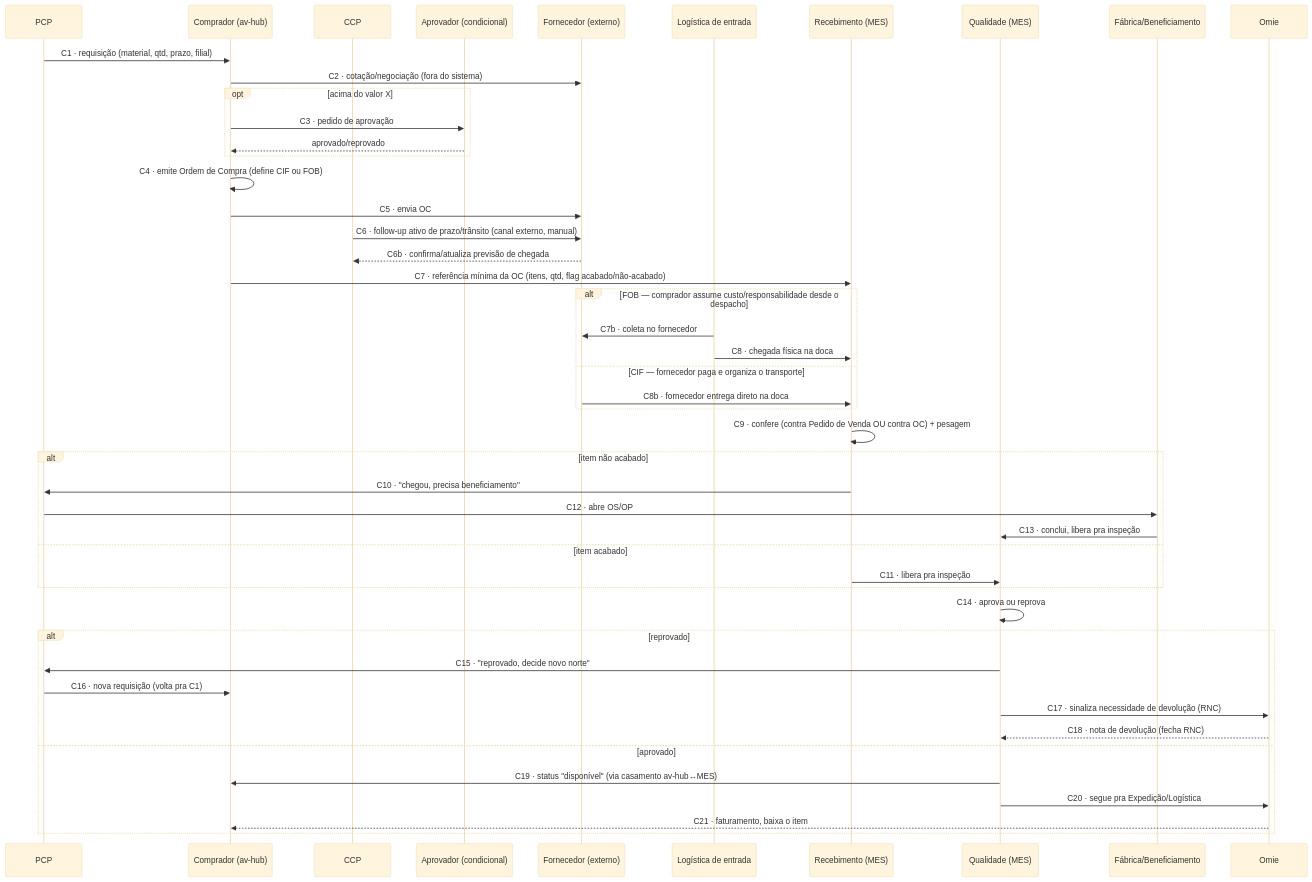
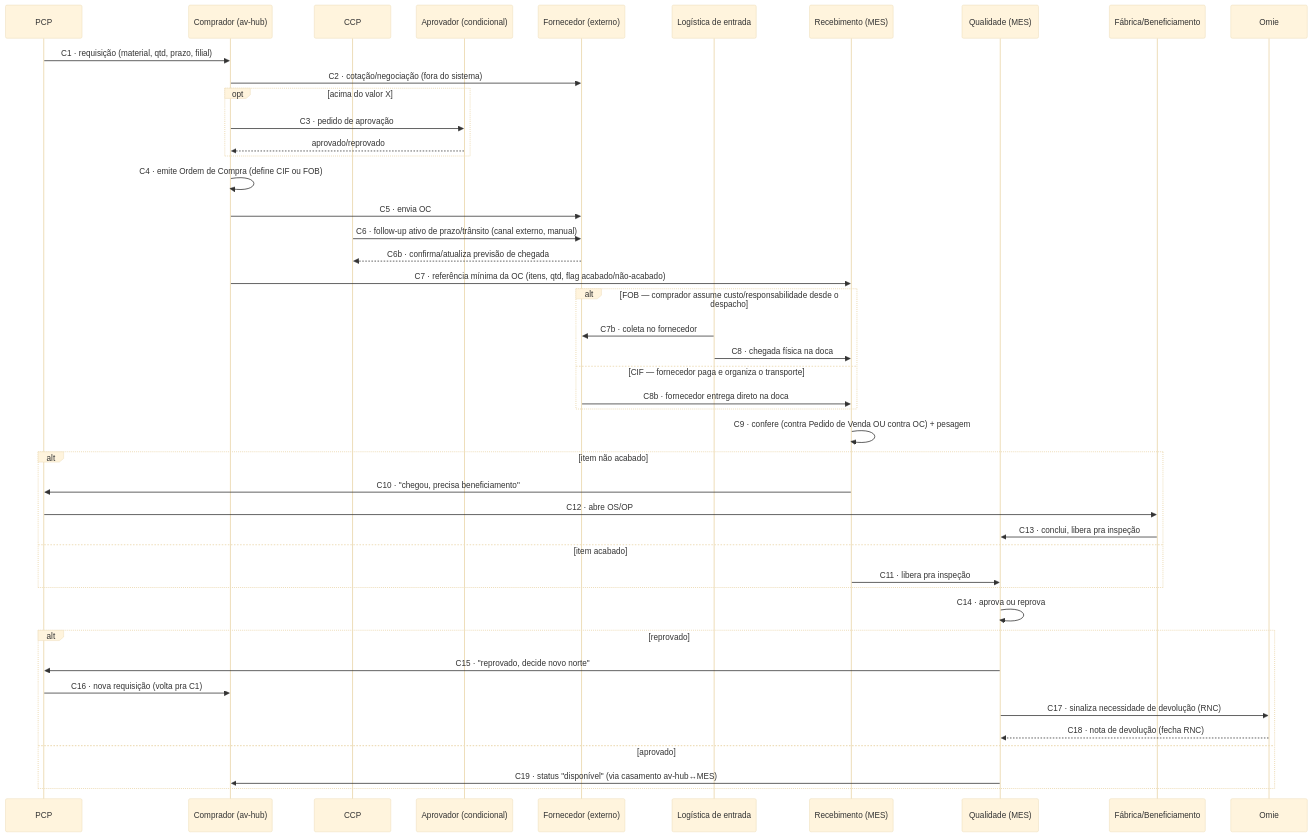
One commit to Acosvital/vault-avhub-mer changed the diagram in 02-PRD-Estoque/Fluxo-Compras-Completo.md. Above: the diagram before and after it, drawn with Mermaid (base theme). The commit also changed other lines of this file and 23 other files, not shown here.

````diff
--- a/02-PRD-Estoque/Fluxo-Compras-Completo.md
+++ b/02-PRD-Estoque/Fluxo-Compras-Completo.md
@@ -30,50 +30,48 @@
 ```mermaid
 sequenceDiagram
     participant PCP
     participant Compras as Comprador (av-hub)
     participant CCP
     participant Aprov as Aprovador (condicional)
     participant Forn as Fornecedor (externo)
     participant LogEnt as Logística de entrada
     participant Receb as Recebimento (MES)
     participant Qual as Qualidade (MES)
     participant Fab as Fábrica/Beneficiamento
     participant Omie
 
     PCP->>Compras: C1 · requisição (material, qtd, prazo, filial)
     Compras->>Forn: C2 · cotação/negociação (fora do sistema)
     opt acima do valor X
         Compras->>Aprov: C3 · pedido de aprovação
         Aprov-->>Compras: aprovado/reprovado
     end
     Compras->>Compras: C4 · emite Ordem de Compra (define CIF ou FOB)
     Compras->>Forn: C5 · envia OC
     CCP->>Forn: C6 · follow-up ativo de prazo/trânsito (canal externo, manual)
     Forn-->>CCP: C6b · confirma/atualiza previsão de chegada
     Compras->>Receb: C7 · referência mínima da OC (itens, qtd, flag acabado/não-acabado)
     alt FOB — comprador assume custo/responsabilidade desde o despacho
         LogEnt->>Forn: C7b · coleta no fornecedor
         LogEnt->>Receb: C8 · chegada física na doca
     else CIF — fornecedor paga e organiza o transporte
         Forn->>Receb: C8b · fornecedor entrega direto na doca
     end
     Receb->>Receb: C9 · confere (contra Pedido de Venda OU contra OC) + pesagem
     alt item não acabado
         Receb->>PCP: C10 · "chegou, precisa beneficiamento"
         PCP->>Fab: C12 · abre OS/OP
         Fab->>Qual: C13 · conclui, libera pra inspeção
     else item acabado
         Receb->>Qual: C11 · libera pra inspeção
     end
     Qual->>Qual: C14 · aprova ou reprova
     alt reprovado
         Qual->>PCP: C15 · "reprovado, decide novo norte"
         PCP->>Compras: C16 · nova requisição (volta pra C1)
         Qual->>Omie: C17 · sinaliza necessidade de devolução (RNC)
         Omie-->>Qual: C18 · nota de devolução (fecha RNC)
     else aprovado
         Qual->>Compras: C19 · status "disponível" (via casamento av-hub↔MES)
-        Qual->>Omie: C20 · segue pra Expedição/Logística
-        Omie-->>Compras: C21 · faturamento, baixa o item
     end
 ```
````
